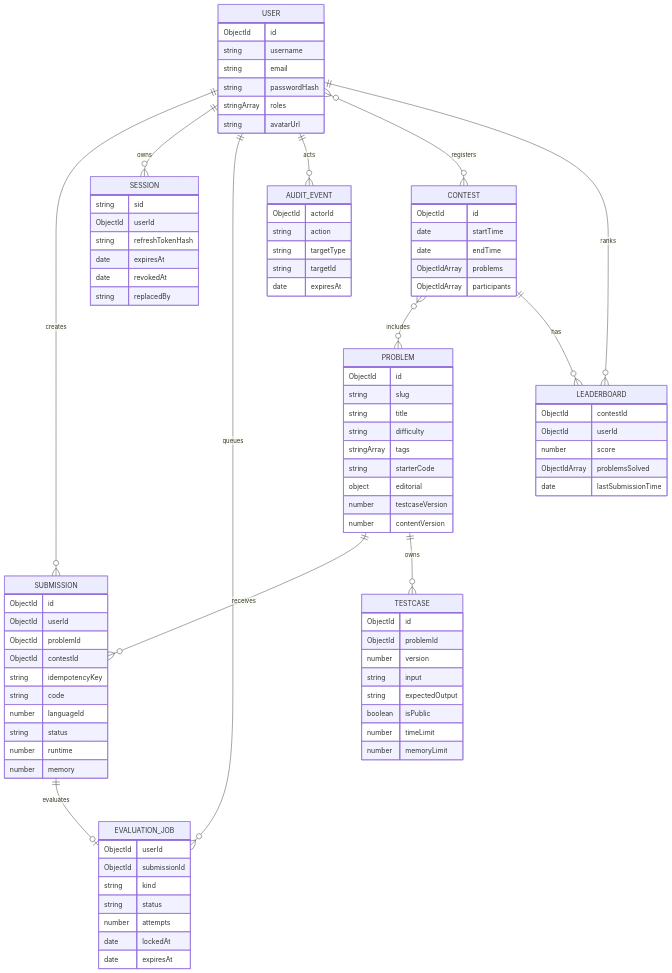
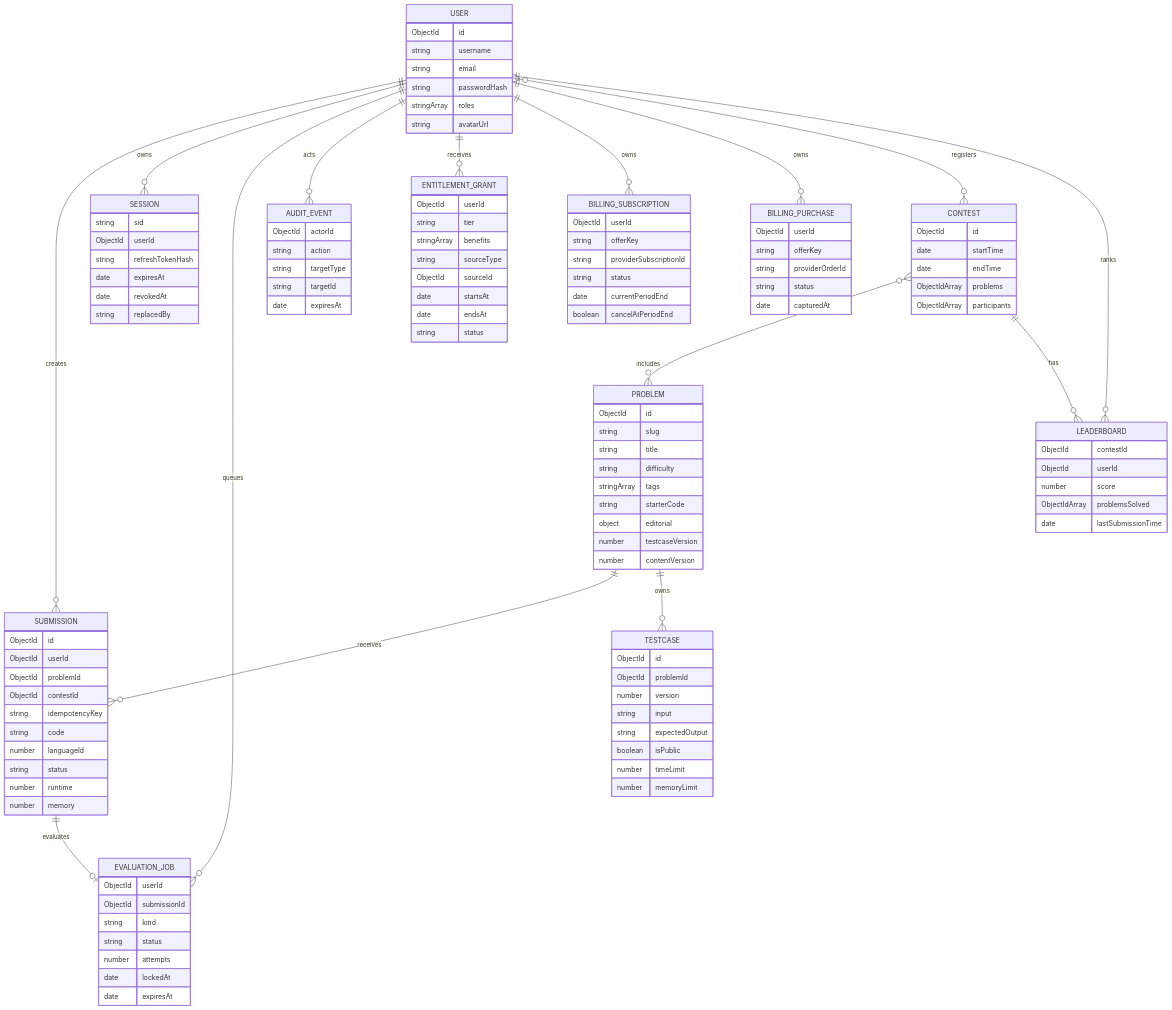
The diagram in docs/architecture/data-model.md (Katalume/documentation), drawn with Mermaid before and after one commit. The commit also changed 8 other files, not shown here.

```diff
--- a/docs/architecture/data-model.md
+++ b/docs/architecture/data-model.md
@@ -6,6 +6,9 @@
     USER ||--o{ SESSION : owns
     USER ||--o{ EVALUATION_JOB : queues
     USER ||--o{ AUDIT_EVENT : acts
+    USER ||--o{ ENTITLEMENT_GRANT : receives
+    USER ||--o{ BILLING_SUBSCRIPTION : owns
+    USER ||--o{ BILLING_PURCHASE : owns
     USER }o--o{ CONTEST : registers
     USER ||--o{ LEADERBOARD : ranks
     PROBLEM ||--o{ SUBMISSION : receives
@@ -63,6 +66,31 @@
       date revokedAt
       string replacedBy
     }
+    ENTITLEMENT_GRANT {
+      ObjectId userId
+      string tier
+      stringArray benefits
+      string sourceType
+      ObjectId sourceId
+      date startsAt
+      date endsAt
+      string status
+    }
+    BILLING_SUBSCRIPTION {
+      ObjectId userId
+      string offerKey
+      string providerSubscriptionId
+      string status
+      date currentPeriodEnd
+      boolean cancelAtPeriodEnd
+    }
+    BILLING_PURCHASE {
+      ObjectId userId
+      string offerKey
+      string providerOrderId
+      string status
+      date capturedAt
+    }
     EVALUATION_JOB {
       ObjectId userId
       ObjectId submissionId
```
